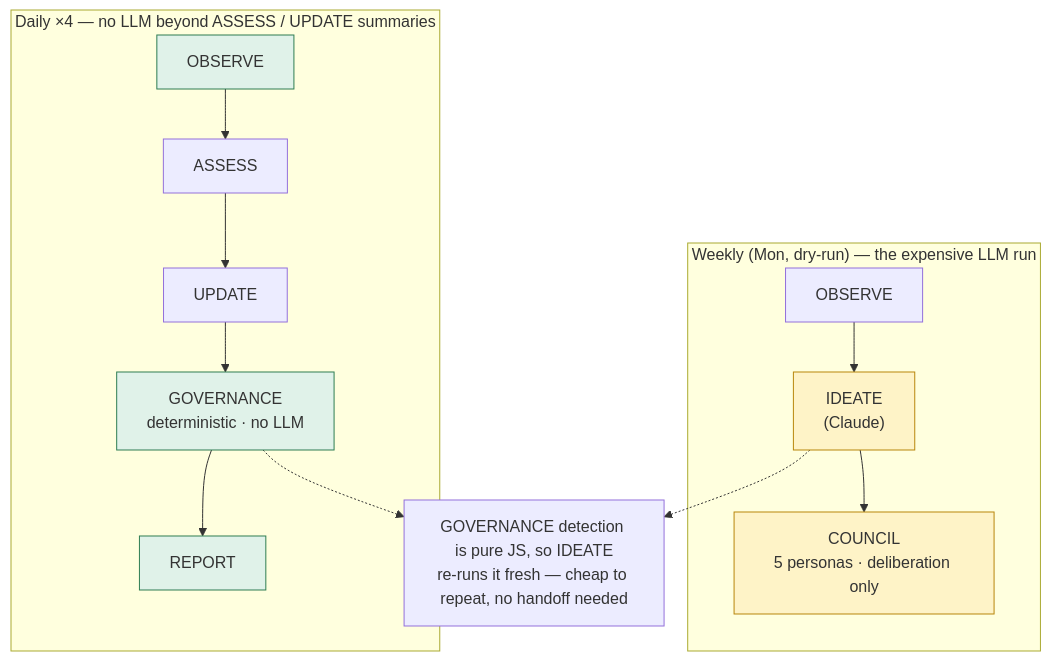
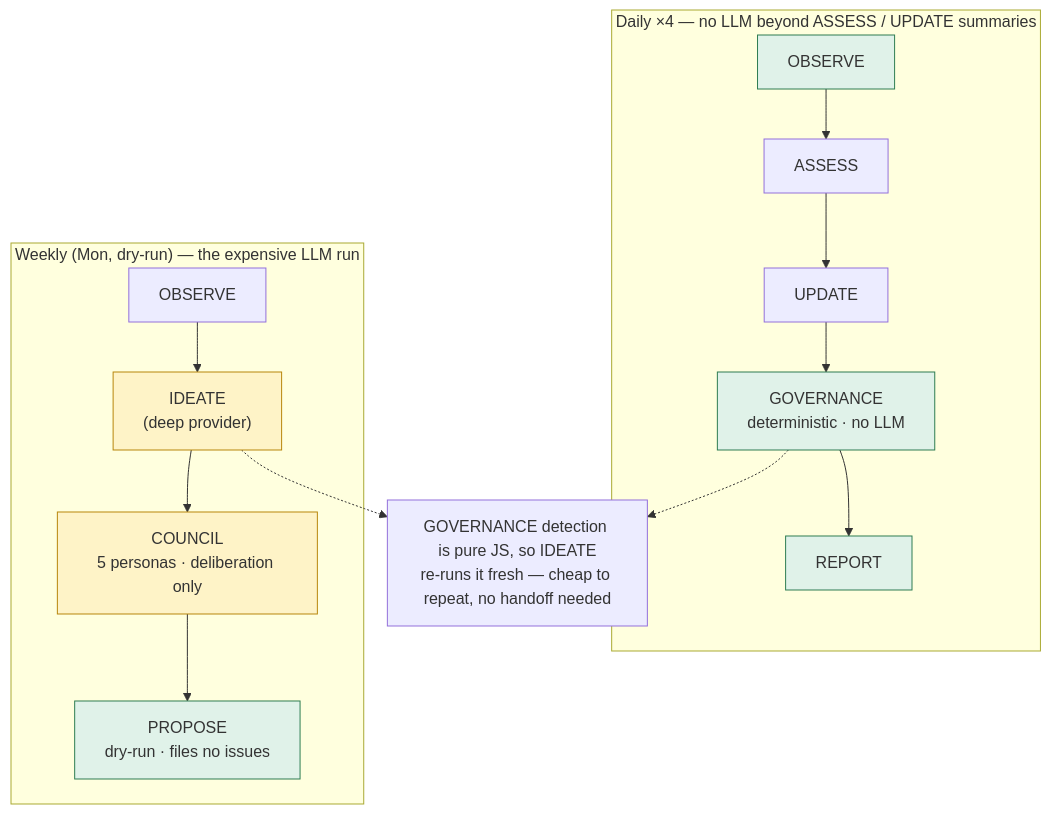
Before and after one commit to IsmaelMartinez/repo-butler: the third of 5 diagrams in docs/architecture.md, drawn with Mermaid. The commit also changed other lines of this file and 5 other files, not shown here.

````diff
--- a/docs/architecture.md
+++ b/docs/architecture.md
@@ -119,17 +123,18 @@
 ```mermaid
 flowchart TB
     subgraph Daily["Daily ×4 — no LLM beyond ASSESS / UPDATE summaries"]
         d1["OBSERVE"] --> d2["ASSESS"] --> d3["UPDATE"] --> d4["GOVERNANCE<br/>deterministic · no LLM"] --> d5["REPORT"]
     end
     subgraph Weekly["Weekly (Mon, dry-run) — the expensive LLM run"]
-        w1["OBSERVE"] --> w2["IDEATE<br/>(Claude)"] --> w3["COUNCIL<br/>5 personas · deliberation only"]
+        w1["OBSERVE"] --> w2["IDEATE<br/>(deep provider)"] --> w3["COUNCIL<br/>5 personas · deliberation only"] --> w4["PROPOSE<br/>dry-run · files no issues"]
     end
     note["GOVERNANCE detection is pure JS, so IDEATE<br/>re-runs it fresh — cheap to repeat, no handoff needed"]
     d4 -.-> note
     w2 -.-> note
 
     classDef det fill:#e0f2e9,stroke:#2e7d52;
     classDef llm fill:#fef3c7,stroke:#b8860b;
     class d1,d4,d5 det;
     class w2,w3 llm;
+    class w4 det;
 ```
````
